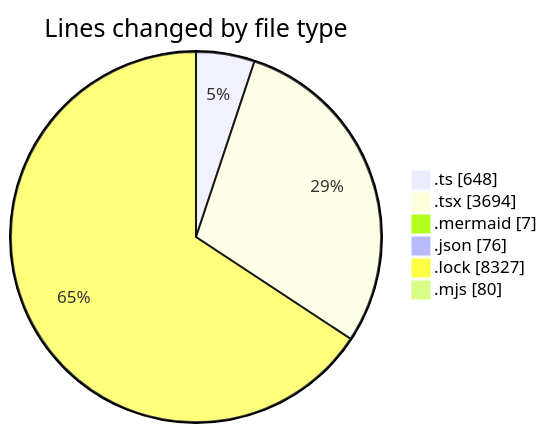
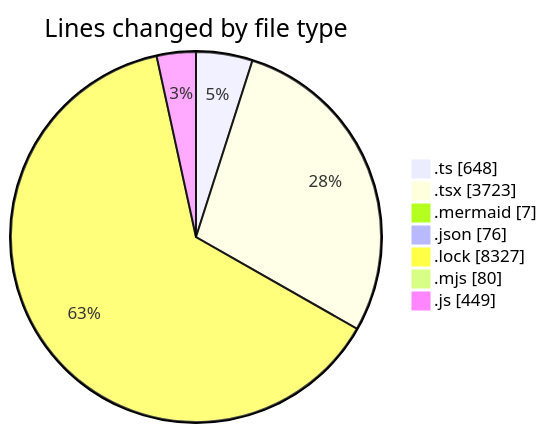
One commit to momahboobian/code-tracking changed the first of 2 diagrams in 2026-09-08/cda/README.md. Above: the diagram before and after it, drawn with Mermaid. The commit also changed other lines of this file and 1 other file, not shown here.

````diff
--- a/2026-09-08/cda/README.md
+++ b/2026-09-08/cda/README.md
@@ -48,10 +49,11 @@
 ```mermaid
 pie showData
 title Lines changed by file type
 ".ts" : 648
-".tsx" : 3694
+".tsx" : 3723
 ".mermaid" : 7
 ".json" : 76
 ".lock" : 8327
 ".mjs" : 80
+".js" : 449
 ```
````
